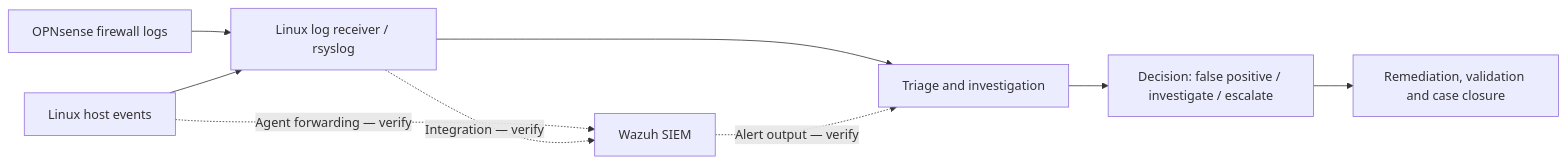
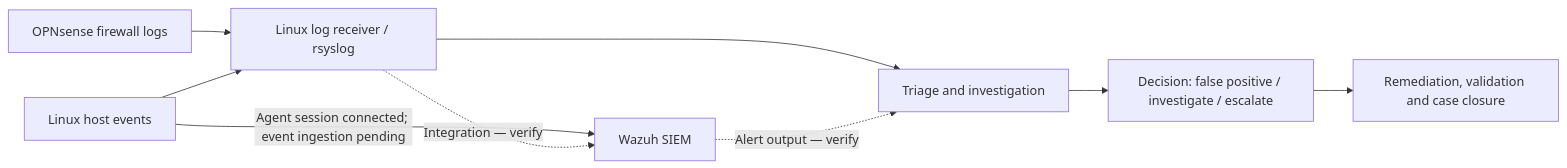
Before and after one commit to MassDefector/cybersecurity-leadership-portfolio: the diagram in 02-security-operations/README.md, drawn with Mermaid. The commit also changed other lines of this file, not shown here.

Commit message:
Record verified Wazuh manager and agent connectivity evidence

````diff
--- a/02-security-operations/README.md
+++ b/02-security-operations/README.md
@@ -34,11 +34,11 @@
 ```mermaid
 flowchart LR
     FW["OPNsense firewall logs"] --> COL["Linux log receiver / rsyslog"]
     HOST["Linux host events"] --> COL
-    HOST -. "Agent forwarding — verify" .-> SIEM["Wazuh SIEM"]
+    HOST -- "Agent session connected; event ingestion pending" --> SIEM["Wazuh SIEM"]
     COL -. "Integration — verify" .-> SIEM
     COL --> TRIAGE["Triage and investigation"]
     SIEM -. "Alert output — verify" .-> TRIAGE
     TRIAGE --> DEC["Decision: false positive / investigate / escalate"]
     DEC --> CLOSE["Remediation, validation and case closure"]
 ```
````
